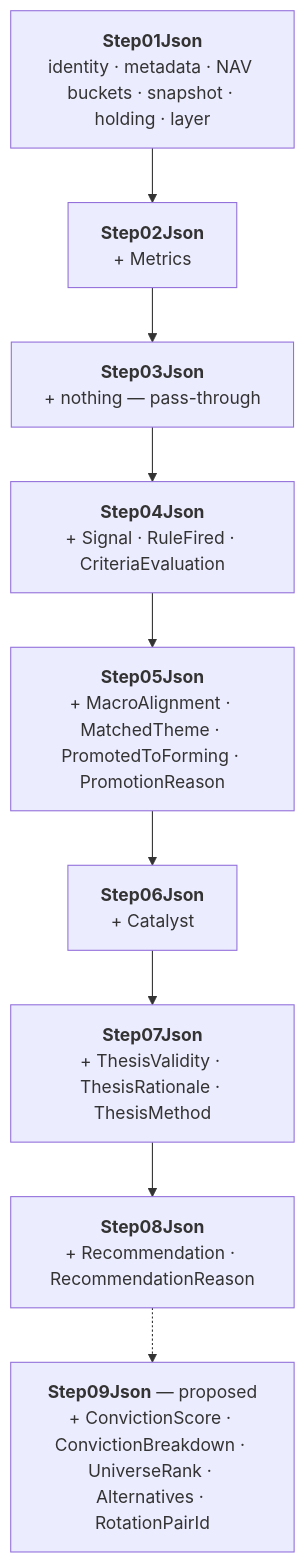
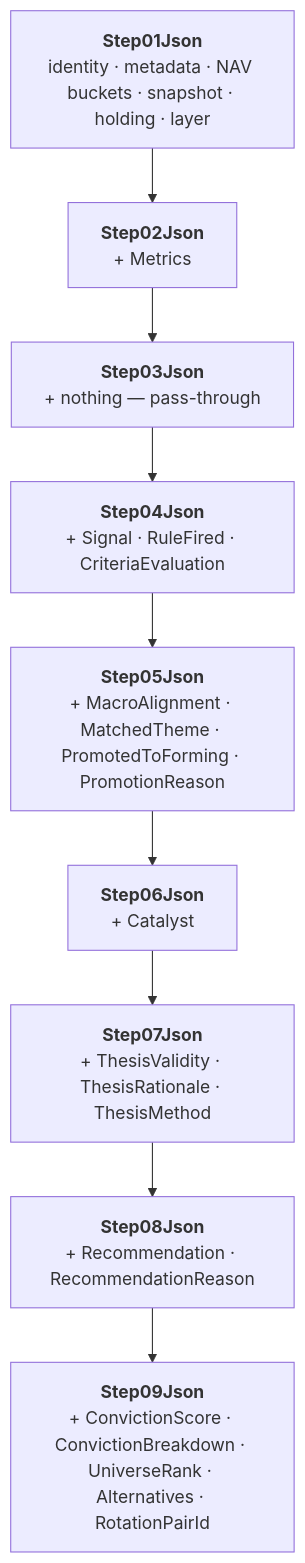
The third of 5 diagrams in Docs/pipeline-redesign/pipeline-data.md (Muhomorik/FikaFinans), drawn with Mermaid before and after one commit. The commit also changed other lines of this file and 4 other files, not shown here.

````diff
--- a/Docs/pipeline-redesign/pipeline-data.md
+++ b/Docs/pipeline-redesign/pipeline-data.md
@@ -142,13 +146,13 @@
 ```mermaid
 flowchart TB
   c1["<b>Step01Json</b><br/>identity · metadata · NAV buckets · snapshot · holding · layer"]
   c2["<b>Step02Json</b><br/>+ Metrics"]
   c3["<b>Step03Json</b><br/>+ nothing — pass-through"]
   c4["<b>Step04Json</b><br/>+ Signal · RuleFired · CriteriaEvaluation"]
   c5["<b>Step05Json</b><br/>+ MacroAlignment · MatchedTheme · PromotedToForming · PromotionReason"]
   c6["<b>Step06Json</b><br/>+ Catalyst"]
   c7["<b>Step07Json</b><br/>+ ThesisValidity · ThesisRationale · ThesisMethod"]
   c8["<b>Step08Json</b><br/>+ Recommendation · RecommendationReason"]
-  c9["<b>Step09Json</b> — proposed<br/>+ ConvictionScore · ConvictionBreakdown · UniverseRank · Alternatives · RotationPairId"]
-  c1 --> c2 --> c3 --> c4 --> c5 --> c6 --> c7 --> c8 -.-> c9
+  c9["<b>Step09Json</b><br/>+ ConvictionScore · ConvictionBreakdown · UniverseRank · Alternatives · RotationPairId"]
+  c1 --> c2 --> c3 --> c4 --> c5 --> c6 --> c7 --> c8 --> c9
 ```
````
